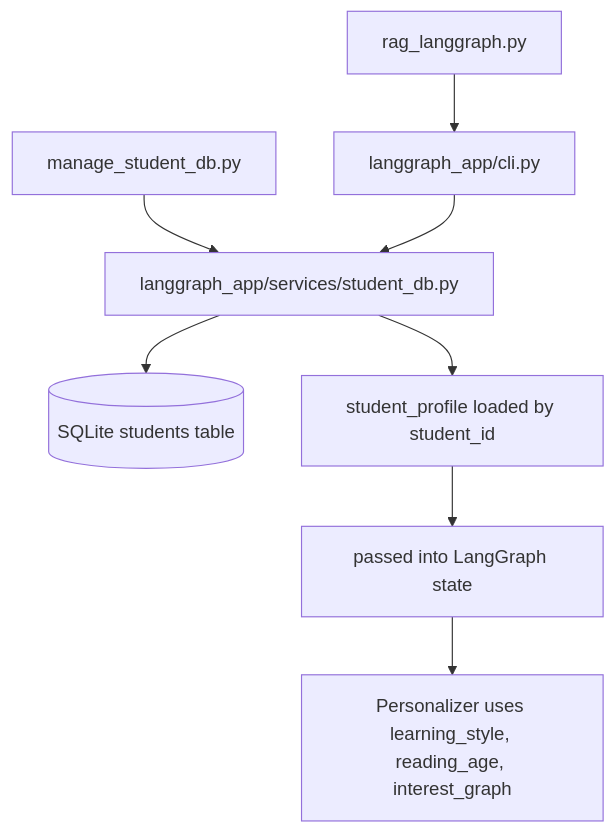
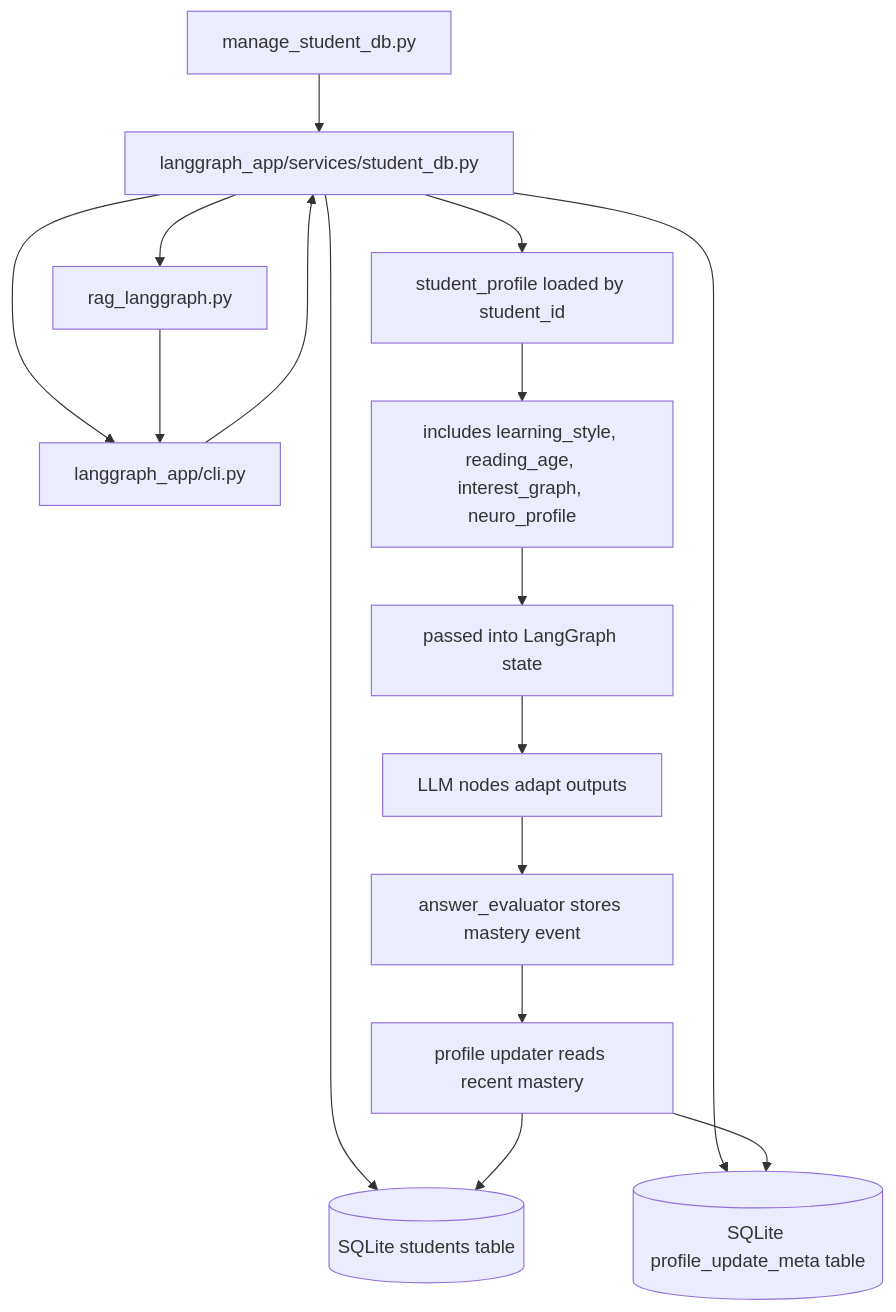
Before and after one commit to arxhr007/neurolearn: the second of 2 diagrams in FLOW.md, drawn with Mermaid. The commit also changed other lines of this file and 19 other files, not shown here.

First line of the commit message:
Enhance LangGraph with neurodivergent support and profile management

````diff
--- a/FLOW.md
+++ b/FLOW.md
@@ -36,10 +52,18 @@
 ```mermaid
 flowchart TD
     A[manage_student_db.py] --> B[langgraph_app/services/student_db.py]
     B --> C[(SQLite students table)]
+    B --> D[(SQLite learning_goals table)]
+    B --> E[(SQLite mastery_events table)]
+    B --> F[(SQLite profile_update_meta table)]
     D[rag_langgraph.py] --> E[langgraph_app/cli.py]
     E --> B
-    B --> F[student_profile loaded by student_id]
-    F --> G[passed into LangGraph state]
-    G --> H[Personalizer uses learning_style, reading_age, interest_graph]
+    B --> G[student_profile loaded by student_id]
+    G --> H[includes learning_style, reading_age, interest_graph, neuro_profile]
+    H --> I[passed into LangGraph state]
+    I --> J[LLM nodes adapt outputs]
+    J --> K[answer_evaluator stores mastery event]
+    K --> L[profile updater reads recent mastery]
+    L --> C
+    L --> F
 ```
````
